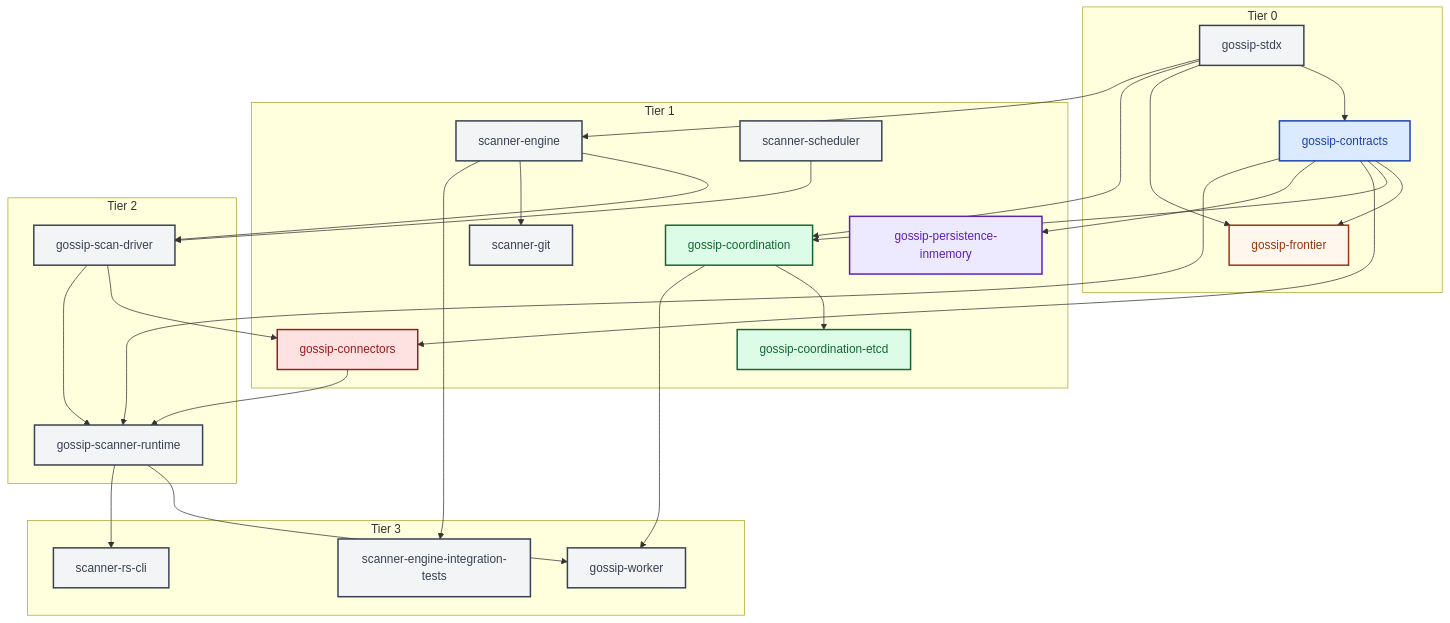
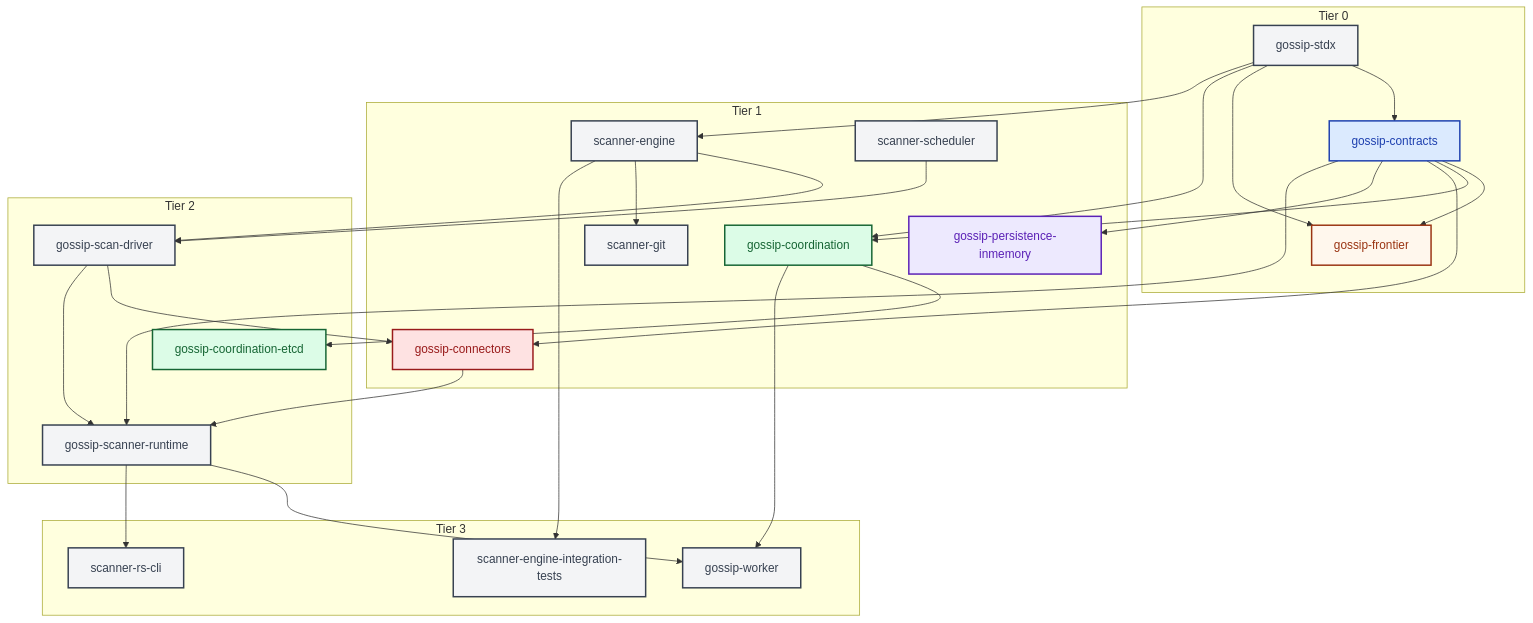
Before and after one commit to ahrav/Gossip-rs: the fourth of 4 diagrams in diagrams/01-system-overview.md, drawn with Mermaid. The commit also changed other lines of this file and 9 other files, not shown here.

Commit message:
Reorder diagram reading paths and fix cross-references

````diff
--- a/diagrams/01-system-overview.md
+++ b/diagrams/01-system-overview.md
@@ -259,67 +260,67 @@
 ```mermaid
 %% Diagram: build-dag
 graph TD
     subgraph "Tier 0"
         stdx["gossip-stdx"]
         contracts["gossip-contracts"]
         frontier["gossip-frontier"]
     end
 
     subgraph "Tier 1"
         coordination["gossip-coordination"]
-        coordination_etcd["gossip-coordination-etcd"]
         connectors["gossip-connectors"]
         persistence_inmem["gossip-persistence-inmemory"]
         scanner_engine["scanner-engine"]
         scanner_scheduler["scanner-scheduler"]
         scanner_git["scanner-git"]
     end
 
     subgraph "Tier 2"
+        coordination_etcd["gossip-coordination-etcd"]
         scan_driver["gossip-scan-driver"]
         runtime["gossip-scanner-runtime"]
     end
 
     subgraph "Tier 3"
         worker["gossip-worker"]
         cli["scanner-rs-cli"]
         integration_tests["scanner-engine-integration-tests"]
     end
 
     stdx --> contracts
     stdx --> frontier
     stdx --> coordination
     stdx --> scanner_engine
     contracts --> frontier
     contracts --> coordination
     contracts --> connectors
     contracts --> persistence_inmem
     coordination --> coordination_etcd
     scanner_engine --> scan_driver
     scanner_scheduler --> scan_driver
     scan_driver --> connectors
     scanner_engine --> scanner_git
     scan_driver --> runtime
     connectors --> runtime
     contracts --> runtime
     runtime --> worker
     coordination --> worker
     runtime --> cli
     scanner_engine --> integration_tests
 
     style stdx fill:#F3F4F6,stroke:#374151,stroke-width:2px,color:#374151
     style contracts fill:#DBEAFE,stroke:#1E40AF,stroke-width:2px,color:#1E40AF
     style frontier fill:#FFF7ED,stroke:#9A3412,stroke-width:2px,color:#9A3412
     style coordination fill:#DCFCE7,stroke:#166534,stroke-width:2px,color:#166534
     style connectors fill:#FEE2E2,stroke:#991B1B,stroke-width:2px,color:#991B1B
     style scan_driver fill:#F3F4F6,stroke:#374151,stroke-width:2px,color:#374151
     style scanner_engine fill:#F3F4F6,stroke:#374151,stroke-width:2px,color:#374151
     style scanner_scheduler fill:#F3F4F6,stroke:#374151,stroke-width:2px,color:#374151
     style scanner_git fill:#F3F4F6,stroke:#374151,stroke-width:2px,color:#374151
     style runtime fill:#F3F4F6,stroke:#374151,stroke-width:2px,color:#374151
     style worker fill:#F3F4F6,stroke:#374151,stroke-width:2px,color:#374151
     style cli fill:#F3F4F6,stroke:#374151,stroke-width:2px,color:#374151
     style coordination_etcd fill:#DCFCE7,stroke:#166534,stroke-width:2px,color:#166534
     style persistence_inmem fill:#EDE9FE,stroke:#5B21B6,stroke-width:2px,color:#5B21B6
     style integration_tests fill:#F3F4F6,stroke:#374151,stroke-width:2px,color:#374151
 ```
````
